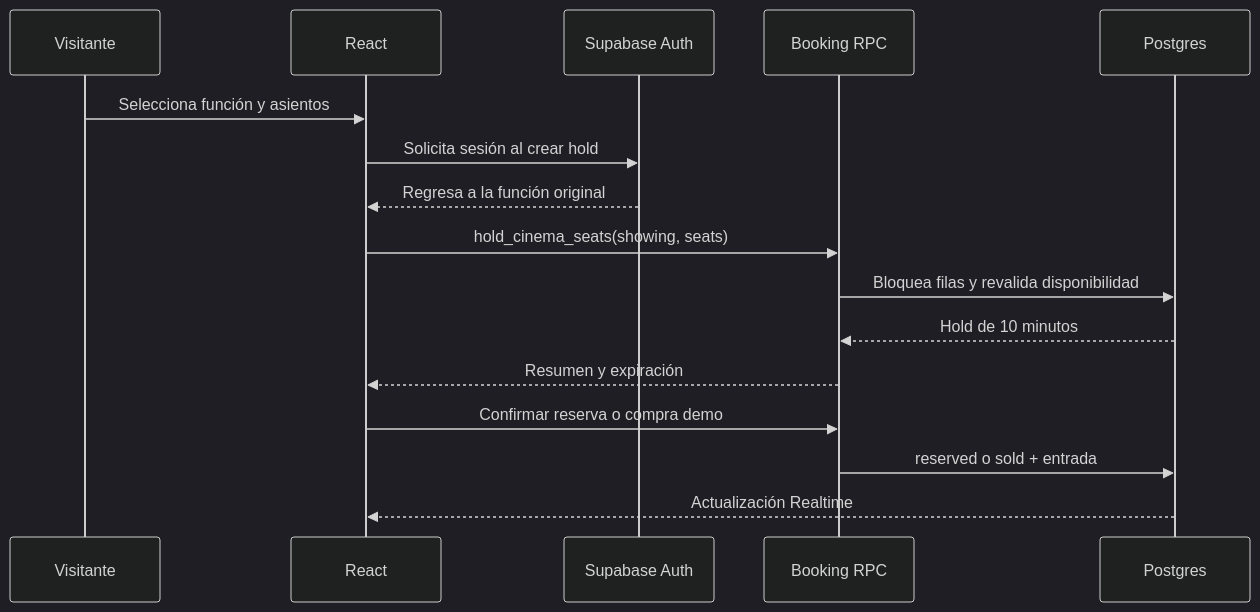
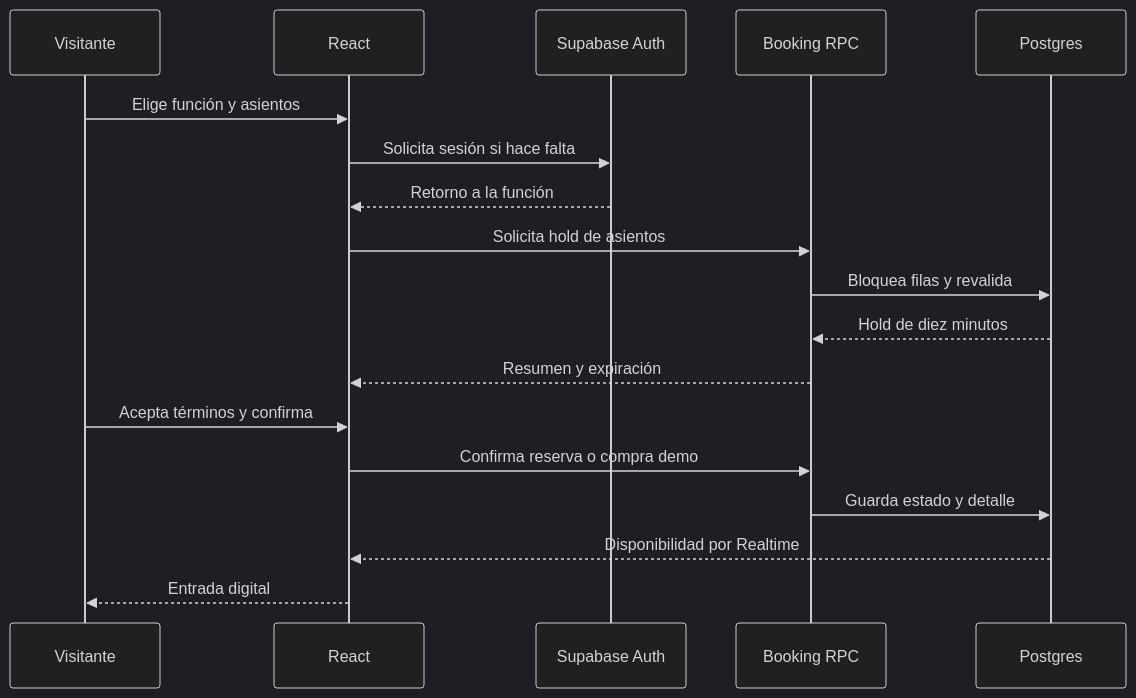
Before and after one commit to DEIMER-PY/cine-animations: the third of 5 diagrams in README.md, drawn with Mermaid (dark theme). The commit also changed other lines of this file and 73 other files, not shown here.

````diff
--- a/README.md
+++ b/README.md
@@ -134,18 +212,20 @@
 ```mermaid
 sequenceDiagram
   participant V as Visitante
   participant UI as React
   participant Auth as Supabase Auth
   participant RPC as Booking RPC
   participant DB as Postgres
-  V->>UI: Selecciona función y asientos
-  UI->>Auth: Solicita sesión al crear hold
-  Auth-->>UI: Regresa a la función original
-  UI->>RPC: hold_cinema_seats(showing, seats)
-  RPC->>DB: Bloquea filas y revalida disponibilidad
-  DB-->>RPC: Hold de 10 minutos
+  V->>UI: Elige función y asientos
+  UI->>Auth: Solicita sesión si hace falta
+  Auth-->>UI: Retorno a la función
+  UI->>RPC: Solicita hold de asientos
+  RPC->>DB: Bloquea filas y revalida
+  DB-->>RPC: Hold de diez minutos
   RPC-->>UI: Resumen y expiración
-  UI->>RPC: Confirmar reserva o compra demo
-  RPC->>DB: reserved o sold + entrada
-  DB-->>UI: Actualización Realtime
+  V->>UI: Acepta términos y confirma
+  UI->>RPC: Confirma reserva o compra demo
+  RPC->>DB: Guarda estado y detalle
+  DB-->>UI: Disponibilidad por Realtime
+  UI-->>V: Entrada digital
 ```
````
